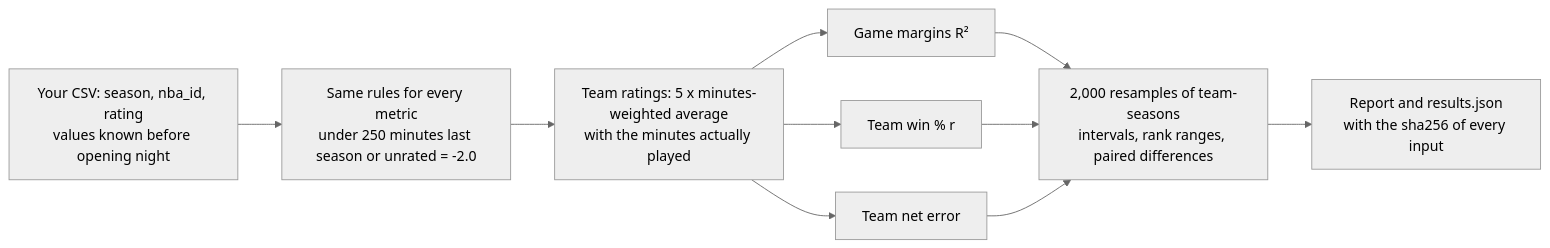
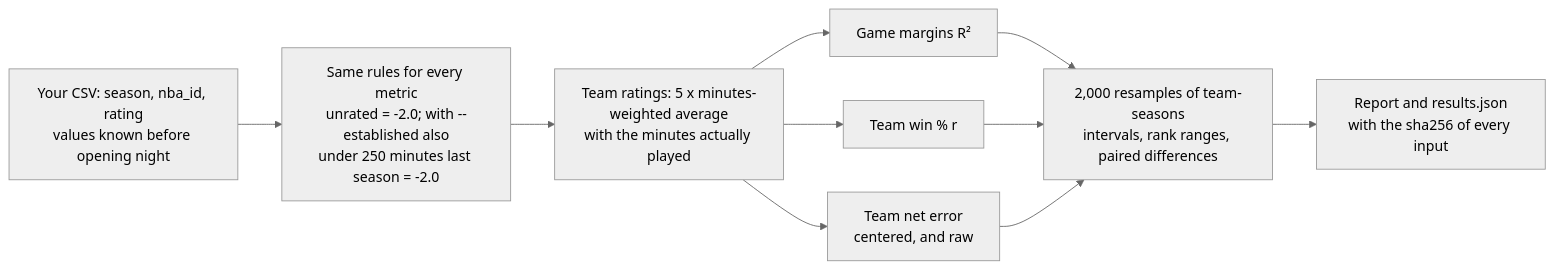
One commit to lumahoops/hoop-impact-bench changed the diagram in README.md. Above: the diagram before and after it, drawn with Mermaid (neutral theme). The commit also changed other lines of this file and 20 other files, not shown here.

First line of the commit message:
v2.0.0: team net error centered (the ranking test; raw kept as net_rmse, offset added), full forecast is the default view with Established players (Snarr 2020 rule, --established) as a switch on every board

````diff
--- a/README.md
+++ b/README.md
@@ -177,12 +201,12 @@
 ```mermaid
 flowchart LR
-    A["Your CSV: season, nba_id, rating<br/>values known before opening night"] --> B["Same rules for every metric<br/>under 250 minutes last season or unrated = -2.0"]
+    A["Your CSV: season, nba_id, rating<br/>values known before opening night"] --> B["Same rules for every metric<br/>unrated = -2.0; with --established also<br/>under 250 minutes last season = -2.0"]
     B --> C["Team ratings: 5 x minutes-weighted average<br/>with the minutes actually played"]
     C --> D["Game margins R²"]
     C --> E["Team win % r"]
-    C --> F["Team net error"]
+    C --> F["Team net error<br/>centered, and raw"]
     D --> G["2,000 resamples of team-seasons<br/>intervals, rank ranges, paired differences"]
     E --> G
     F --> G
     G --> H["Report and results.json<br/>with the sha256 of every input"]
 ```
````
